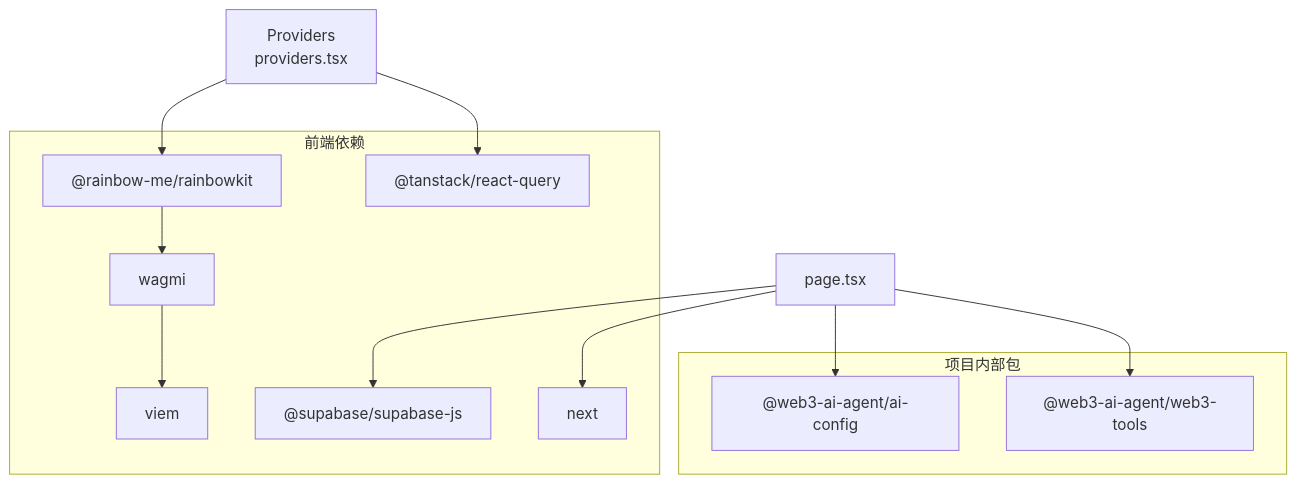
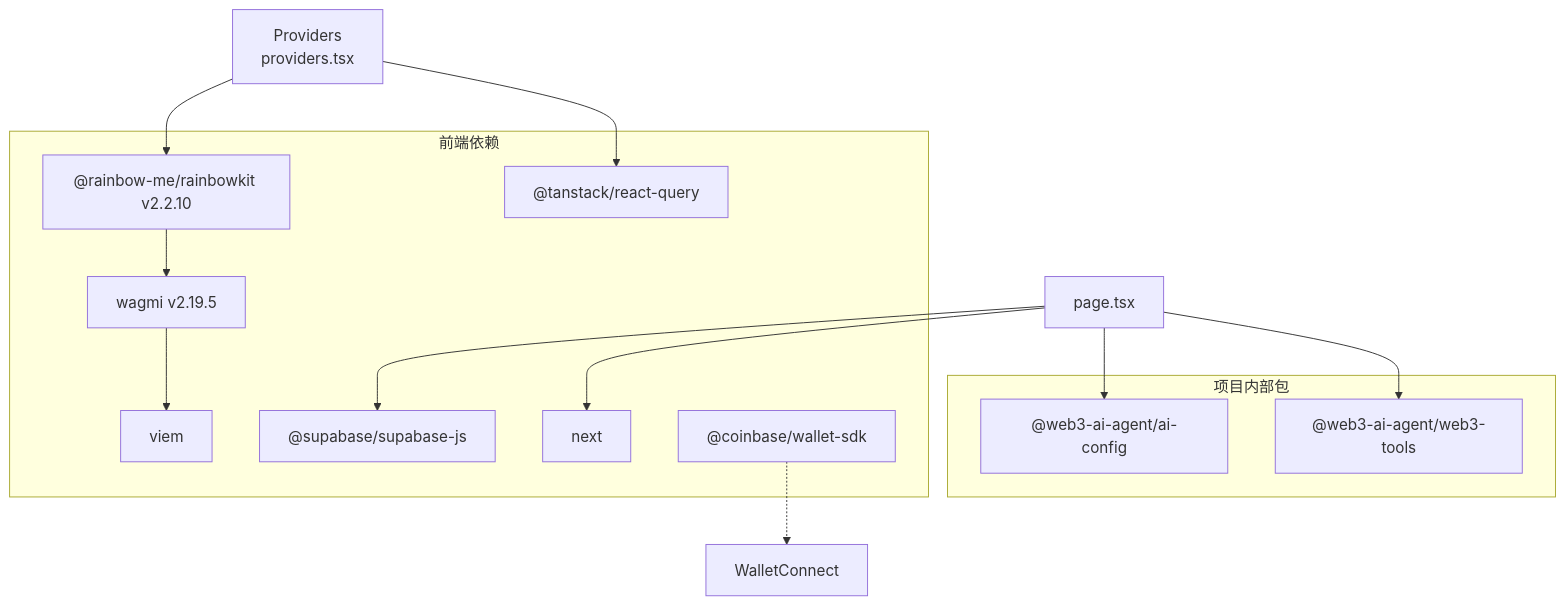
One commit to CryptoLinxu/Web3-AI-Agent changed the eighth of 8 diagrams in .qoder/repowiki/zh/content/快速开始/钱包登录配置指南.md. Above: the diagram before and after it, drawn with Mermaid. The commit also changed other lines of this file and 2 other files, not shown here.

````diff
--- a/.qoder/repowiki/zh/content/快速开始/钱包登录配置指南.md
+++ b/.qoder/repowiki/zh/content/快速开始/钱包登录配置指南.md
@@ -320,23 +340,25 @@
 ```mermaid
 graph TB
 subgraph "前端依赖"
-RainbowKit["@rainbow-me/rainbowkit"]
-Wagmi["wagmi"]
+RainbowKit["@rainbow-me/rainbowkit v2.2.10"]
+Wagmi["wagmi v2.19.5"]
 Viem["viem"]
 ReactQuery["@tanstack/react-query"]
 SupabaseJS["@supabase/supabase-js"]
 Next["next"]
+CoinbaseSDK["@coinbase/wallet-sdk"]
 end
 subgraph "项目内部包"
 AIConfig["@web3-ai-agent/ai-config"]
 Web3Tools["@web3-ai-agent/web3-tools"]
 end
 RainbowKit --> Wagmi
 Wagmi --> Viem
 Providers["Providers<br/>providers.tsx"] --> RainbowKit
 Providers --> ReactQuery
 Page["page.tsx"] --> SupabaseJS
 Page --> AIConfig
 Page --> Web3Tools
 Page --> Next
+CoinbaseSDK -.-> WalletConnect
 ```
````
